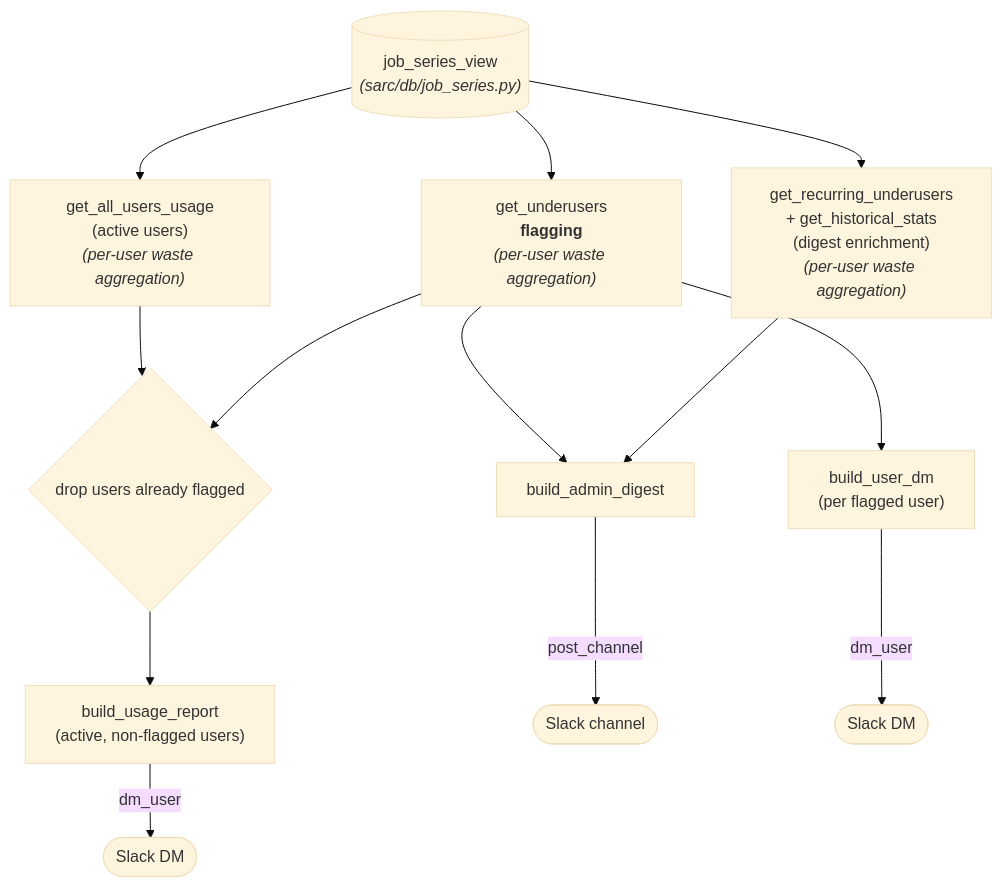
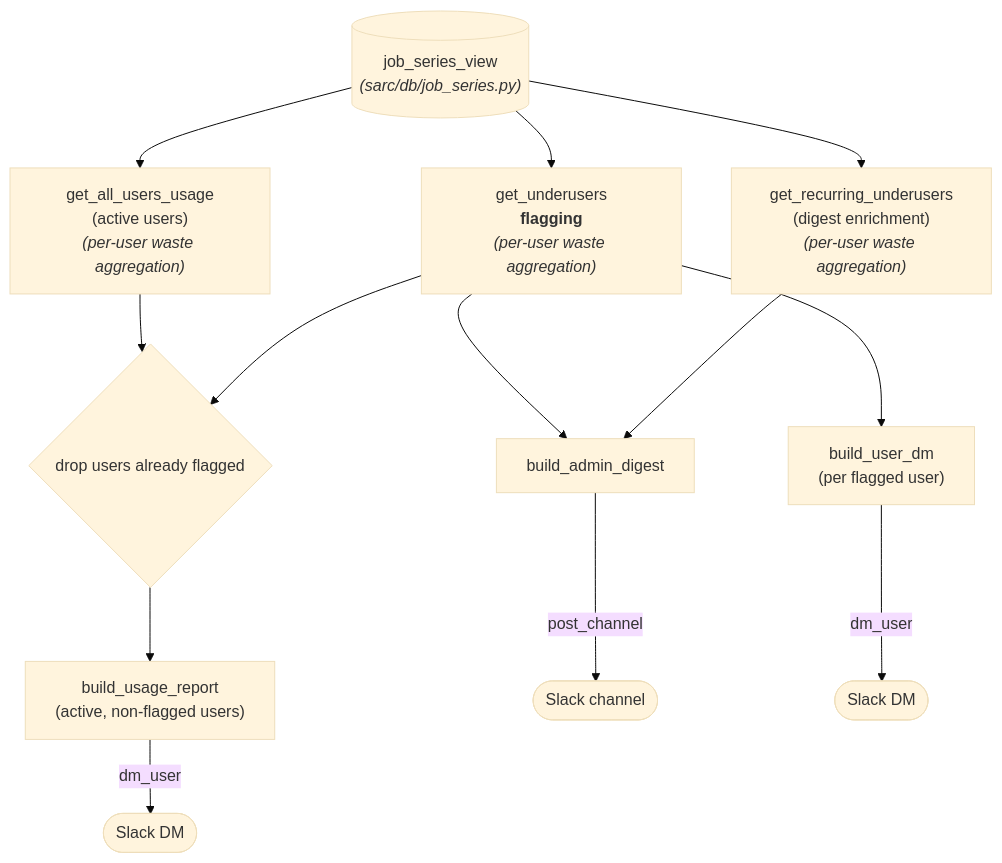
Before and after one commit to mila-iqia/SARC: the first of 2 diagrams in docs/dev_overview/underusage_notifications.md, drawn with Mermaid (base theme). The commit also changed other lines of this file and 14 other files, not shown here.

````diff
--- a/docs/dev_overview/underusage_notifications.md
+++ b/docs/dev_overview/underusage_notifications.md
@@ -42,19 +42,19 @@
 ```mermaid
 flowchart TD
     JS[("job_series_view<br/><i>(sarc/db/job_series.py)</i>")]
 
     JS --> FLAG["get_underusers<br/><b>flagging</b><br/><i>(per-user waste aggregation)</i>"]
     JS --> USAGE["get_all_users_usage<br/>(active users)<br/><i>(per-user waste aggregation)</i>"]
-    JS --> REC["get_recurring_underusers<br/>+ get_historical_stats<br/>(digest enrichment)<br/><i>(per-user waste aggregation)</i>"]
+    JS --> REC["get_recurring_underusers<br/>(digest enrichment)<br/><i>(per-user waste aggregation)</i>"]
 
     FLAG --> DIGEST["build_admin_digest"]
     REC --> DIGEST
     FLAG --> DM["build_user_dm<br/>(per flagged user)"]
     USAGE --> SPLIT{"drop users already flagged"}
     FLAG --> SPLIT
     SPLIT --> REPORT["build_usage_report<br/>(active, non-flagged users)"]
 
     DIGEST -->|post_channel| CH(["Slack channel"])
     DM -->|dm_user| U1(["Slack DM"])
     REPORT -->|dm_user| U2(["Slack DM"])
 ```
````
